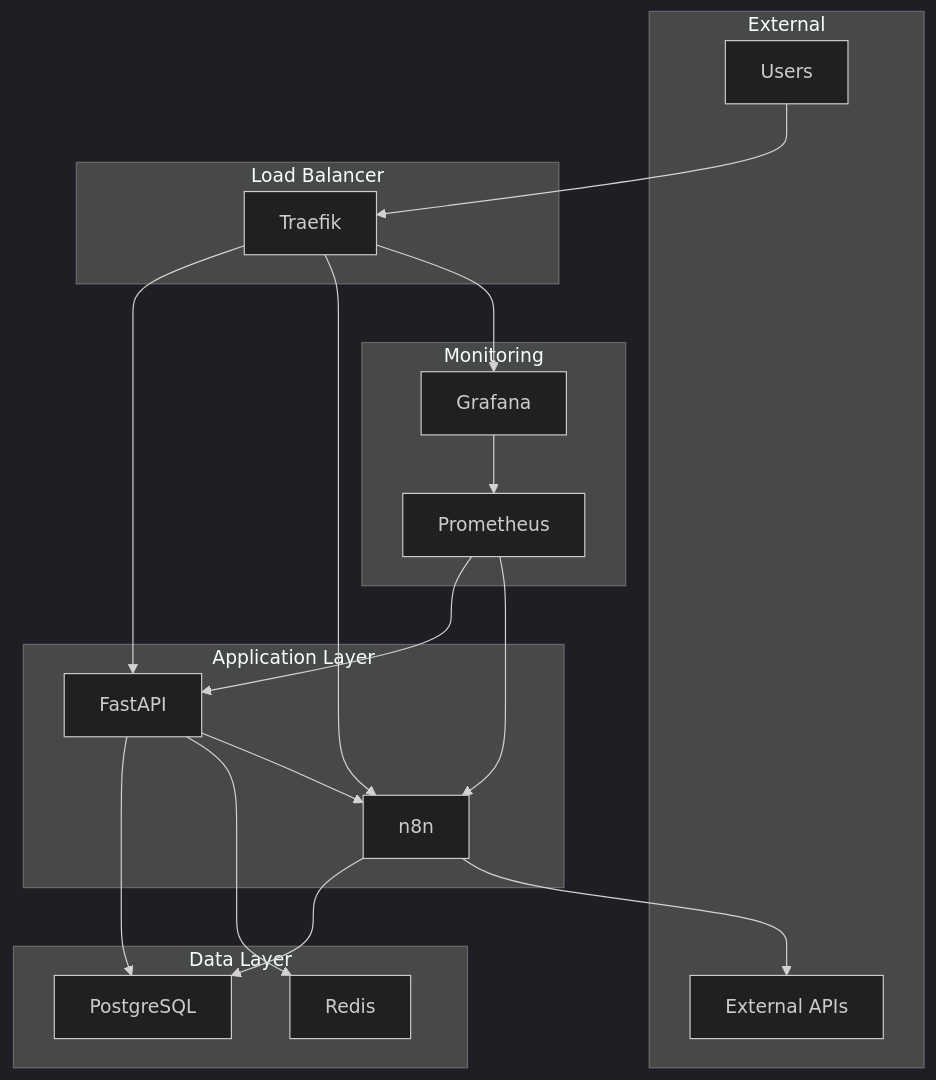
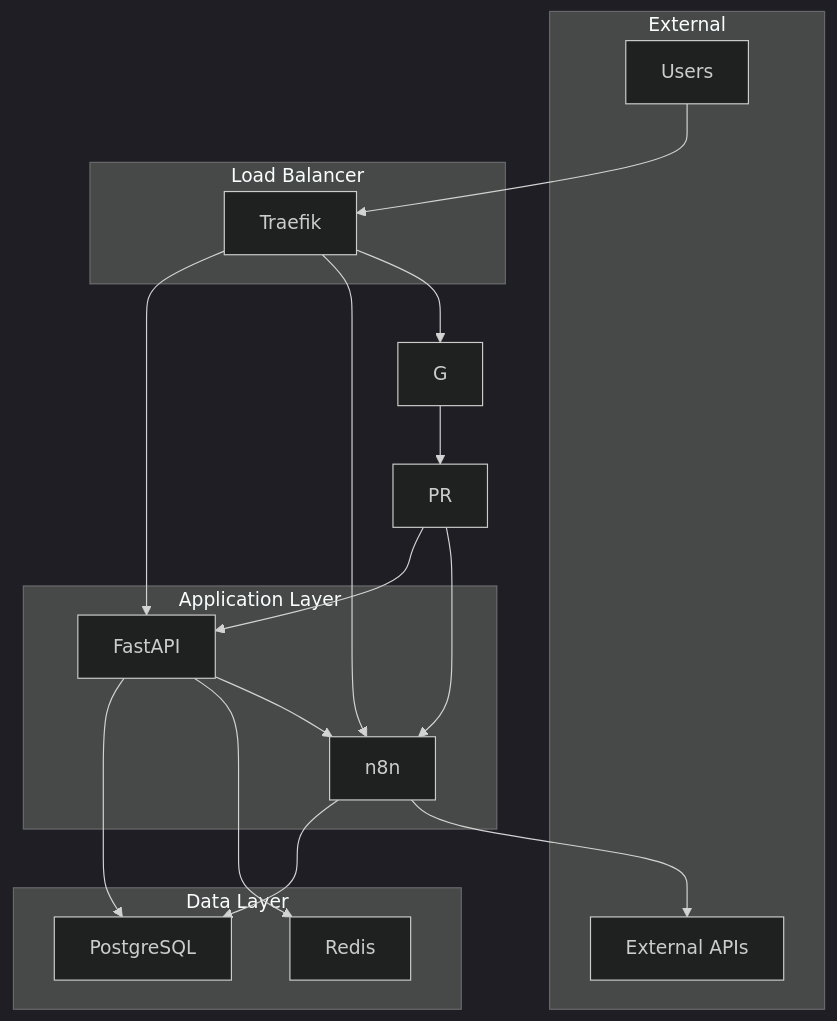
One commit to Flissel/unity-ai-platform-clean changed the diagram in README.md. Above: the diagram before and after it, drawn with Mermaid (dark theme). The commit also changed other lines of this file and 95 other files, not shown here.

First line of the commit message:
refactor(monitoring): remove Prometheus and Grafana integration

````diff
--- a/README.md
+++ b/README.md
@@ -57,41 +78,38 @@
 ```mermaid
 graph TB
     subgraph "External"
         U[Users]
         API[External APIs]
     end
     
     subgraph "Load Balancer"
         T[Traefik]
     end
     
     subgraph "Application Layer"
         F[FastAPI]
         N[n8n]
     end
     
     subgraph "Data Layer"
         P[PostgreSQL]
         R[Redis]
     end
     
-    subgraph "Monitoring"
-        G[Grafana]
-        PR[Prometheus]
-    end
+
     
     U --> T
     T --> F
     T --> N
     T --> G
     
     F --> P
     F --> R
     F --> N
     N --> P
     N --> API
     
     PR --> F
     PR --> N
     G --> PR
 ```
````
